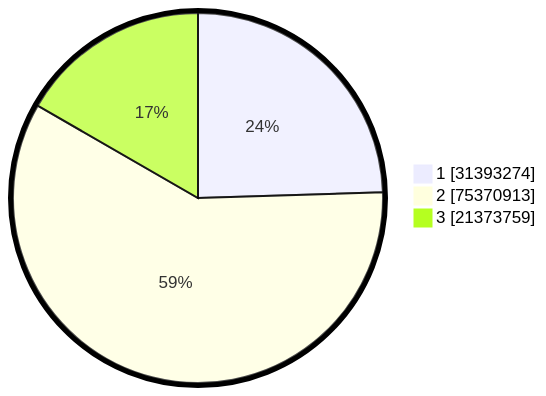
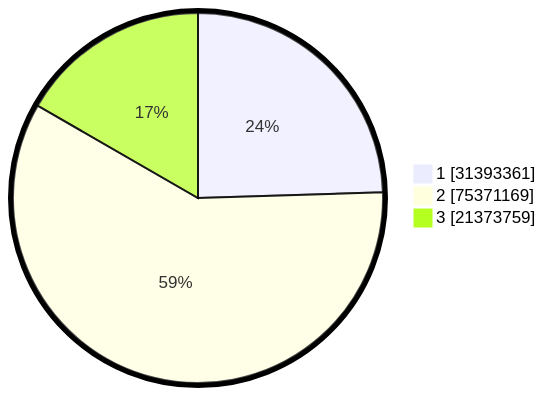
The second of 2 diagrams in pilpres/hitung-suara/README.md (gigit-pemilu/pemilu-2024), drawn with Mermaid before and after one commit. The commit also changed other lines of this file and 3 other files, not shown here.

````diff
--- a/pilpres/hitung-suara/README.md
+++ b/pilpres/hitung-suara/README.md
@@ -93,7 +93,7 @@
 ```mermaid
 %%{init: {"pie": {"textPosition": 0.5}, "themeVariables": {"pieOuterStrokeWidth": "5px"}} }%%
 pie showData
-    "1" : 31393274
-    "2" : 75370913
+    "1" : 31393361
+    "2" : 75371169
     "3" : 21373759
 ```
````
